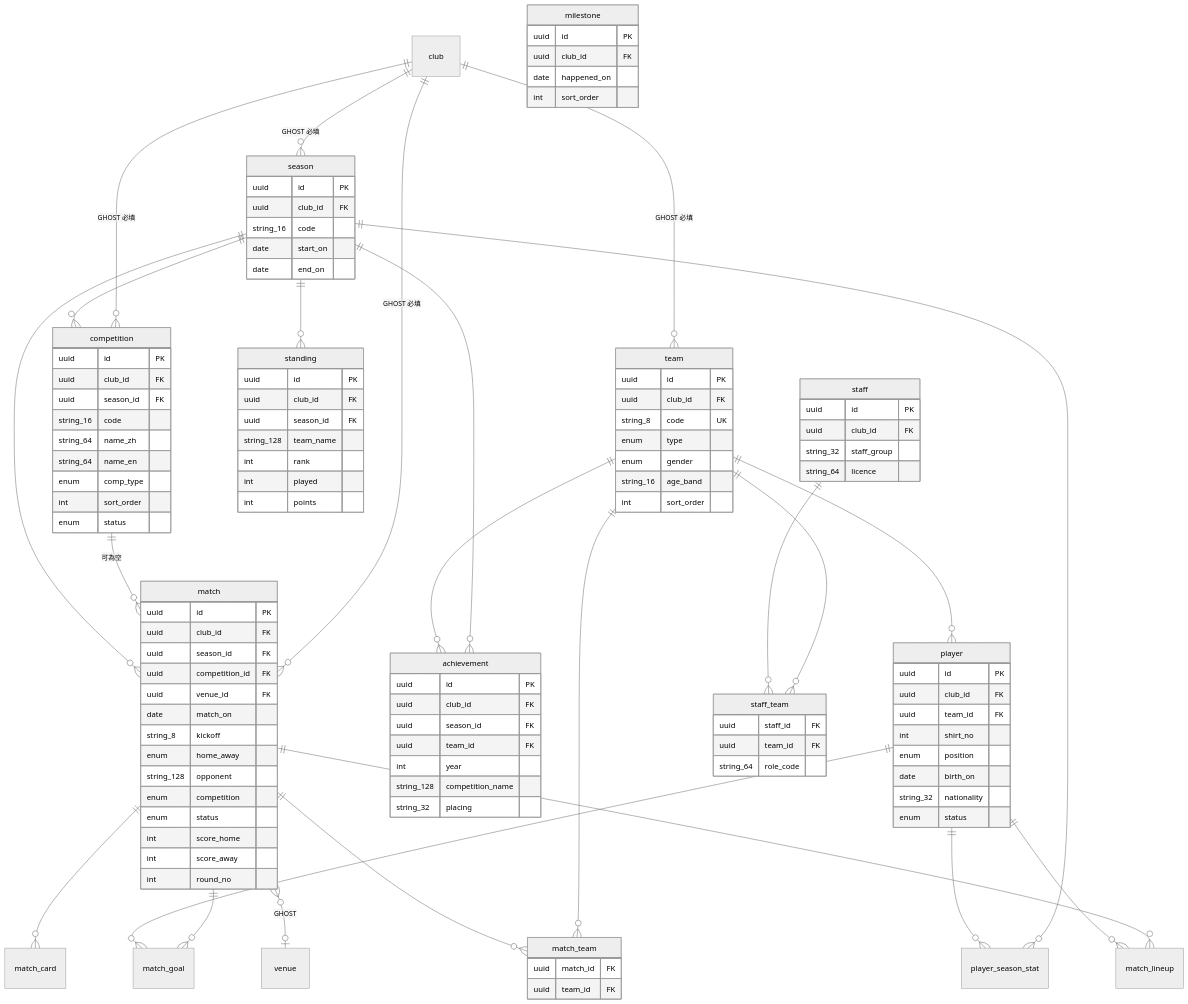
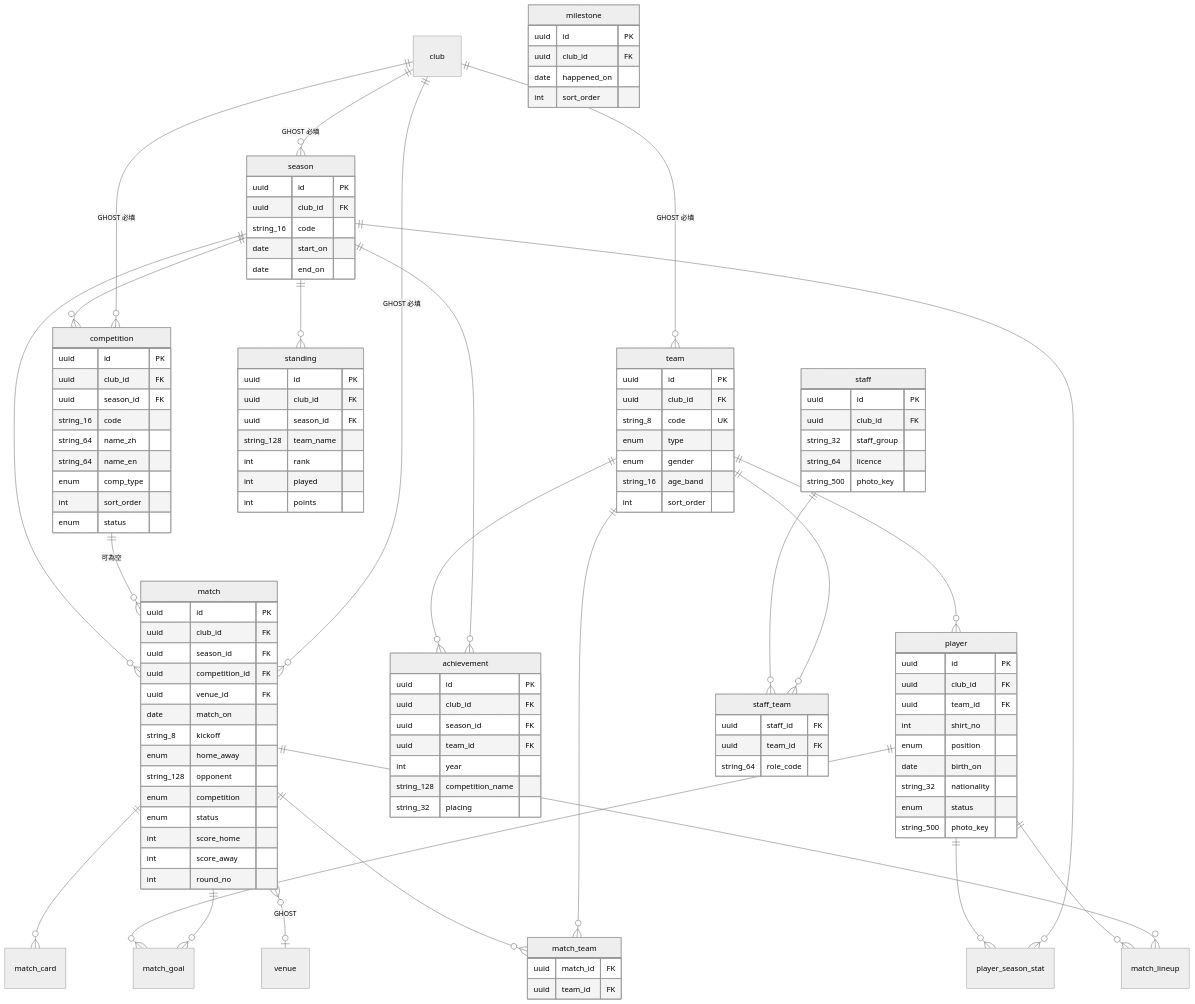
Before and after one commit to waiting0201/tcrfc: the third of 15 diagrams in docs/12a-database-erd.md, drawn with Mermaid (neutral theme). The commit also changed other lines of this file and 3 other files, not shown here.

First line of the commit message:
feat: ERD 圖片欄位盤點完成（S0-4b），表數 103 → 104

```diff
--- a/docs/12a-database-erd.md
+++ b/docs/12a-database-erd.md
@@ -222,12 +222,14 @@
     date birth_on
     string_32 nationality
     enum status
+    string_500 photo_key
   }
   staff {
     uuid id PK
     uuid club_id FK
     string_32 staff_group
     string_64 licence
+    string_500 photo_key
   }
   staff_team {
     uuid staff_id FK
```
